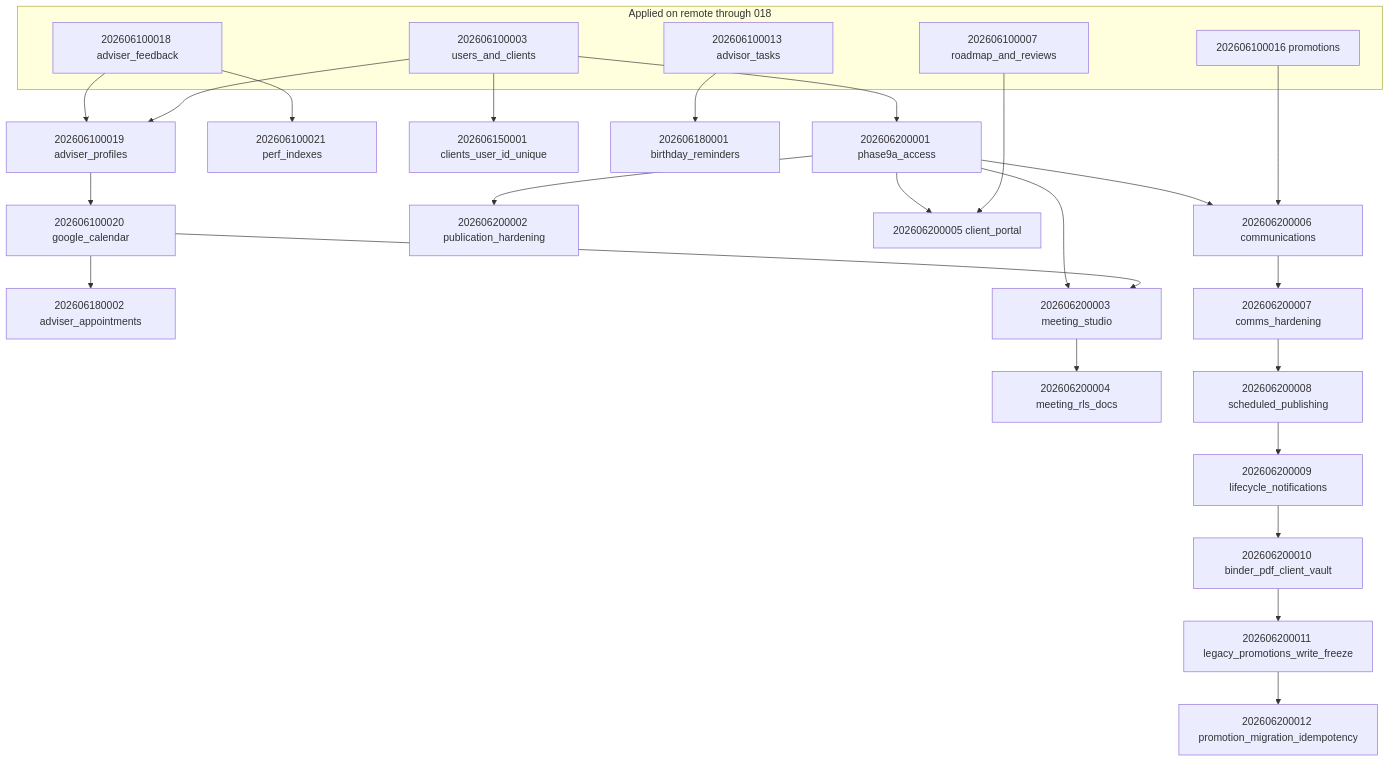
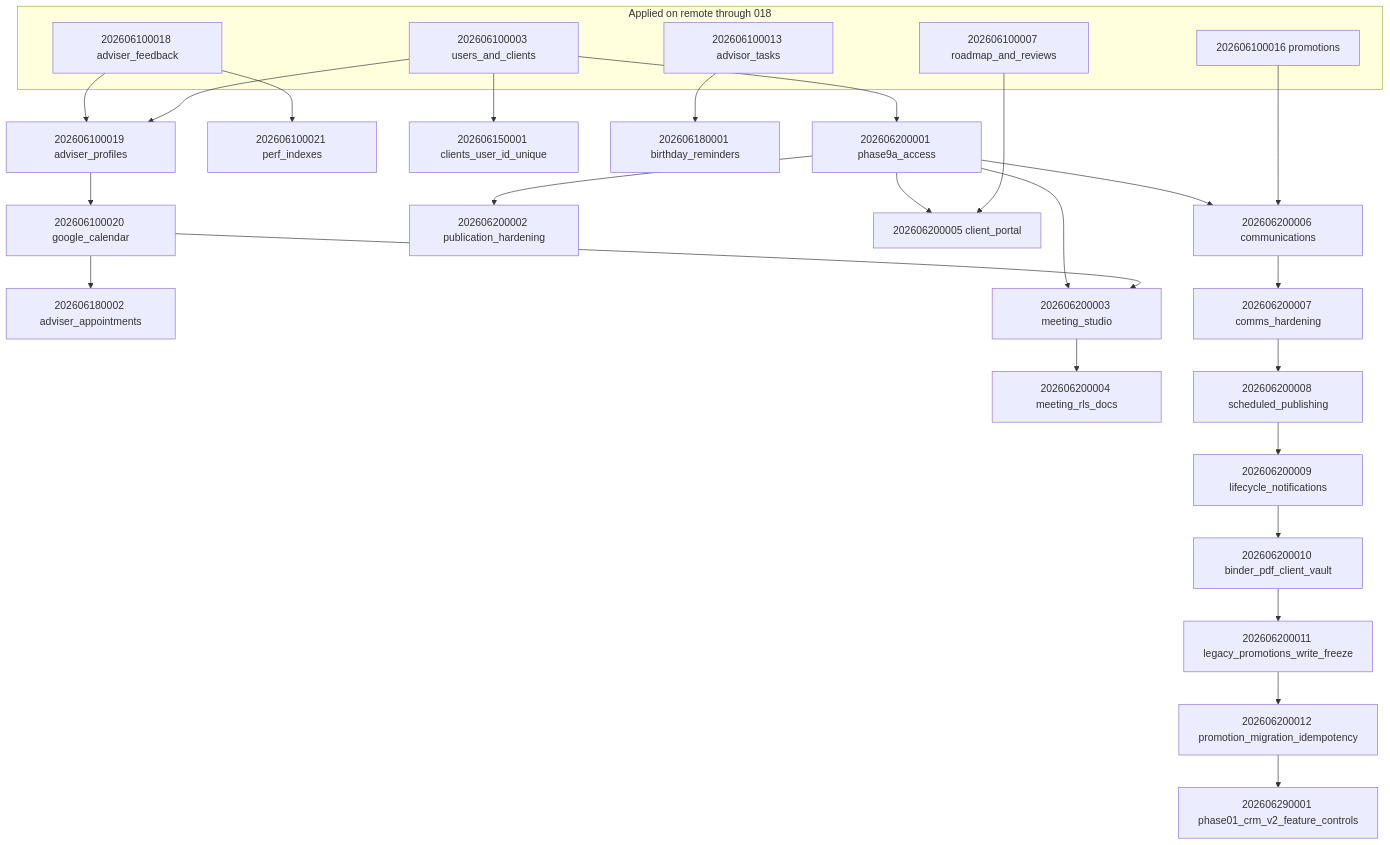
Before and after one commit to marclucas101/aegis-wealth-os: the diagram in docs/MIGRATION_DEPENDENCY_GRAPH.md, drawn with Mermaid. The commit also changed other lines of this file and 95 other files, not shown here.

Commit message:
complete CRM V2 Phase 01 foundation shell

````diff
--- a/docs/MIGRATION_DEPENDENCY_GRAPH.md
+++ b/docs/MIGRATION_DEPENDENCY_GRAPH.md
@@ -5,52 +5,54 @@
 ```mermaid
 flowchart TD
   subgraph applied [Applied on remote through 018]
     M003[202606100003 users_and_clients]
     M007[202606100007 roadmap_and_reviews]
     M013[202606100013 advisor_tasks]
     M016[202606100016 promotions]
     M018[202606100018 adviser_feedback]
   end
 
   M019[202606100019 adviser_profiles]
   M020[202606100020 google_calendar]
   M021[202606100021 perf_indexes]
   M150[202606150001 clients_user_id_unique]
   M8A[202606180001 birthday_reminders]
   M8B[202606180002 adviser_appointments]
   M9A1[202606200001 phase9a_access]
   M9A2[202606200002 publication_hardening]
   M9C1[202606200003 meeting_studio]
   M9C2[202606200004 meeting_rls_docs]
   M9D[202606200005 client_portal]
   M9E1[202606200006 communications]
   M9E2[202606200007 comms_hardening]
   M9F1[202606200008 scheduled_publishing]
   M9F2[202606200009 lifecycle_notifications]
   M9F3[202606200010 binder_pdf_client_vault]
   M9F4[202606200011 legacy_promotions_write_freeze]
   M9F4B[202606200012 promotion_migration_idempotency]
+  MCRM01[202606290001 phase01_crm_v2_feature_controls]
 
   M018 --> M019
   M003 --> M019
   M019 --> M020
   M018 --> M021
   M003 --> M150
   M013 --> M8A
   M020 --> M8B
   M003 --> M9A1
   M9A1 --> M9A2
   M9A1 --> M9C1
   M020 --> M9C1
   M9C1 --> M9C2
   M9A1 --> M9D
   M007 --> M9D
   M9A1 --> M9E1
   M016 --> M9E1
   M9E1 --> M9E2
   M9E2 --> M9F1
   M9F1 --> M9F2
   M9F2 --> M9F3
   M9F3 --> M9F4
   M9F4 --> M9F4B
+  M9F4B --> MCRM01
 ```
````
